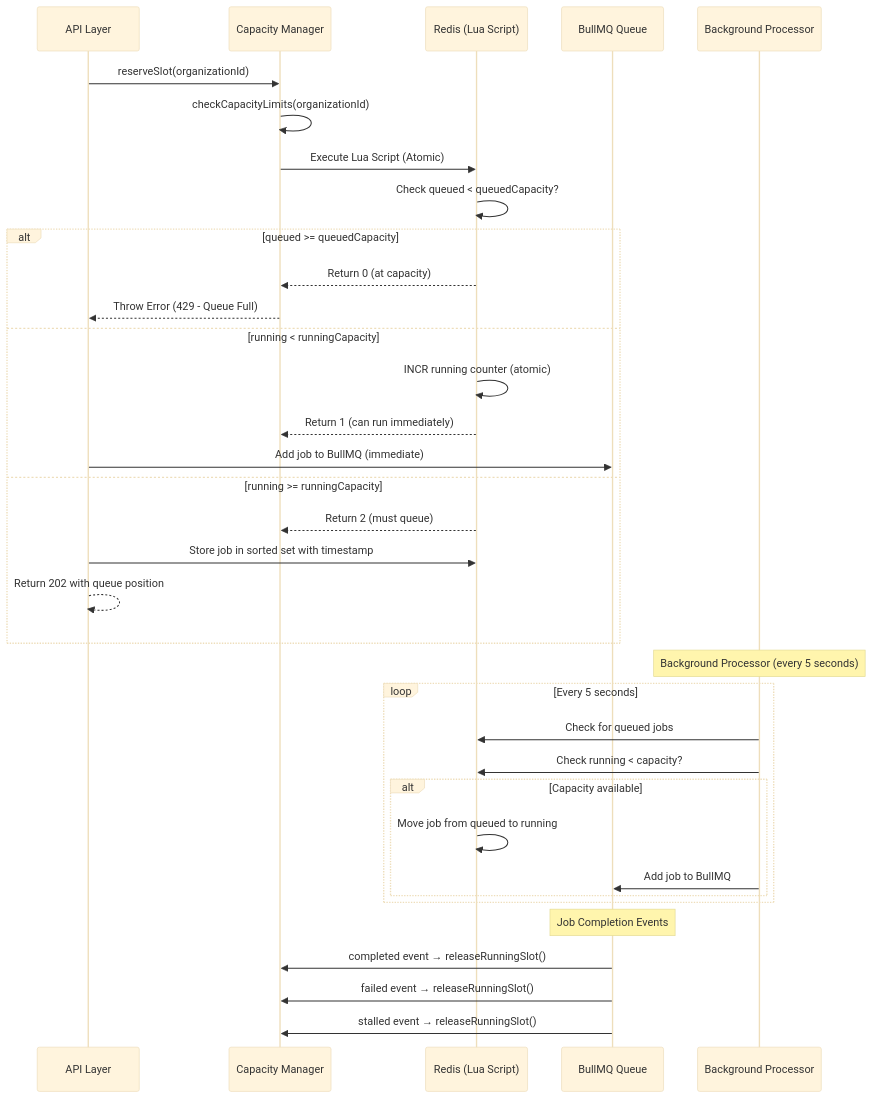
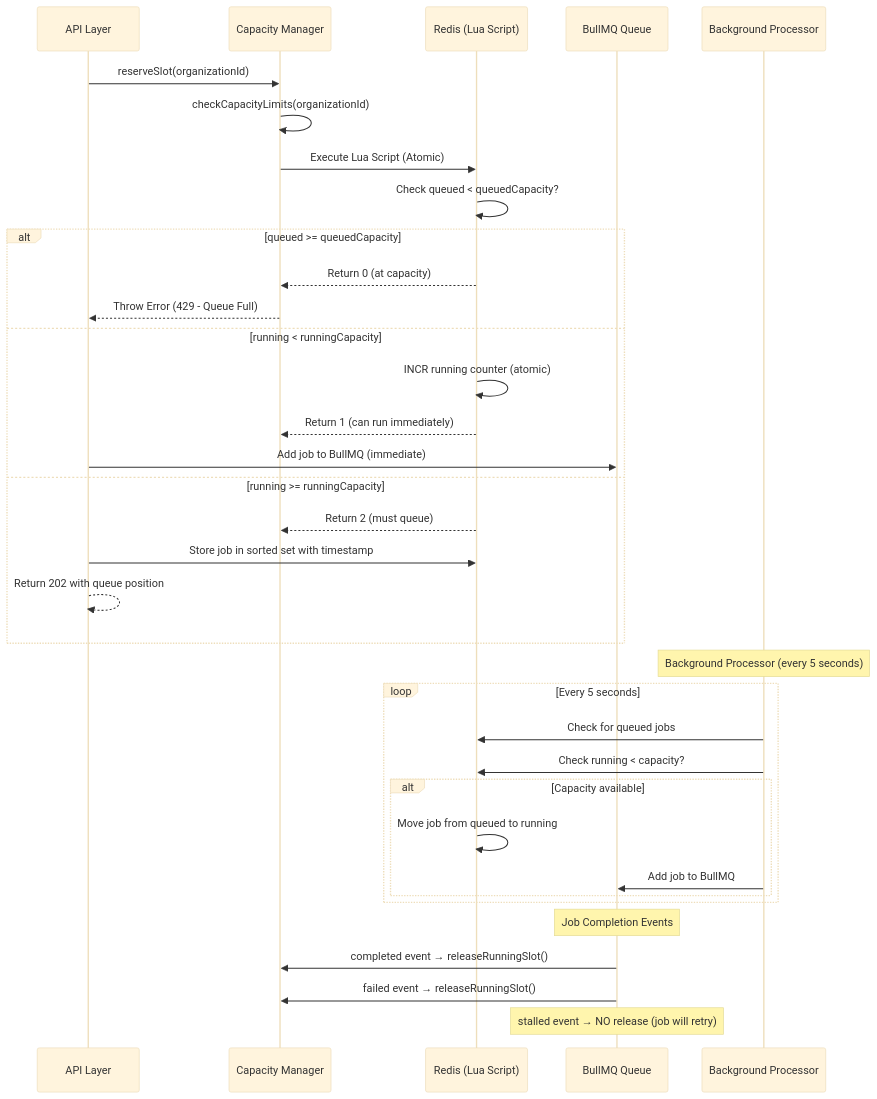
The sixth of 25 diagrams in docs/specs/03-execution/EXECUTION_SYSTEM.md (supercheck-io/supercheck), drawn with Mermaid (base theme) before and after one commit. The commit also changed other lines of this file and 23 other files, not shown here.

````diff
--- a/docs/specs/03-execution/EXECUTION_SYSTEM.md
+++ b/docs/specs/03-execution/EXECUTION_SYSTEM.md
@@ -620,41 +629,41 @@
 ```mermaid
 sequenceDiagram
     participant API as API Layer
     participant CM as Capacity Manager
     participant Redis as Redis (Lua Script)
     participant Queue as BullMQ Queue
     participant Proc as Background Processor
 
     API->>CM: reserveSlot(organizationId)
     CM->>CM: checkCapacityLimits(organizationId)
     CM->>Redis: Execute Lua Script (Atomic)
     Redis->>Redis: Check queued < queuedCapacity?
     
     alt queued >= queuedCapacity
         Redis-->>CM: Return 0 (at capacity)
         CM-->>API: Throw Error (429 - Queue Full)
     else running < runningCapacity
         Redis->>Redis: INCR running counter (atomic)
         Redis-->>CM: Return 1 (can run immediately)
         API->>Queue: Add job to BullMQ (immediate)
     else running >= runningCapacity
         Redis-->>CM: Return 2 (must queue)
         API->>Redis: Store job in sorted set with timestamp
         API-->>API: Return 202 with queue position
     end
 
     Note over Proc: Background Processor (every 5 seconds)
     loop Every 5 seconds
         Proc->>Redis: Check for queued jobs
         Proc->>Redis: Check running < capacity?
         alt Capacity available
             Redis->>Redis: Move job from queued to running
             Proc->>Queue: Add job to BullMQ
         end
     end
     
     Note over Queue: Job Completion Events
     Queue->>CM: completed event → releaseRunningSlot()
     Queue->>CM: failed event → releaseRunningSlot()
-    Queue->>CM: stalled event → releaseRunningSlot()
+    Note over Queue: stalled event → NO release (job will retry)
 ```
````
